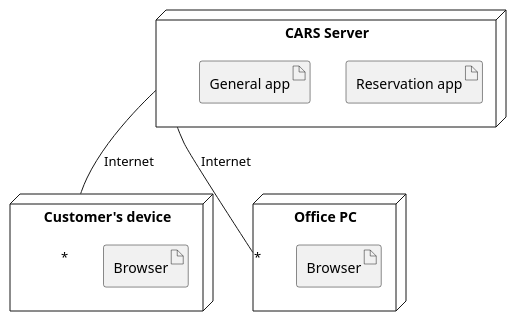
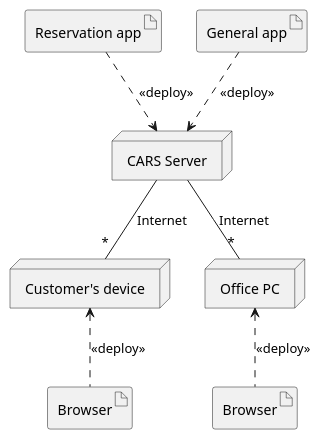
The diagram in car_rental/models/deployment_as_is.pu (franco-ruggeri/polito-information-systems), drawn with PlantUML before and after one commit. The commit also changed 1 other file, not shown here.

Commit message:
Update deployment diagrams for car rental
Put artifacts outside nodes for visualization reasons.

```diff
--- a/car_rental/models/deployment_as_is.pu
+++ b/car_rental/models/deployment_as_is.pu
@@ -1,19 +1,20 @@
 @startuml
 
-node "Customer's device" as CustomerDevice {
-	artifact Browser as Browser1
-}
+node "Customer's device" as CustomerDevice
+node "Office PC" as OfficePC
+node "CARS Server" as CARSServer
 
-node "Office PC" as OfficePC {
-	artifact Browser as Browser2
-}
-
-node "CARS Server" as CARSServer{
-	artifact "Reservation app"
-	artifact "General app"
-}
+artifact Browser as Browser1
+artifact Browser as Browser2
+artifact "Reservation app" as ReservationApp
+artifact "General app" as GeneralApp
 
 CARSServer -- "*" CustomerDevice : Internet
 CARSServer -- "*" OfficePC : Internet
 
+CustomerDevice <.. Browser1 : <<deploy>>
+OfficePC <.. Browser2 : <<deploy>>
+ReservationApp ..> CARSServer : <<deploy>>
+GeneralApp ..> CARSServer : <<deploy>>
+
 @enduml
```
